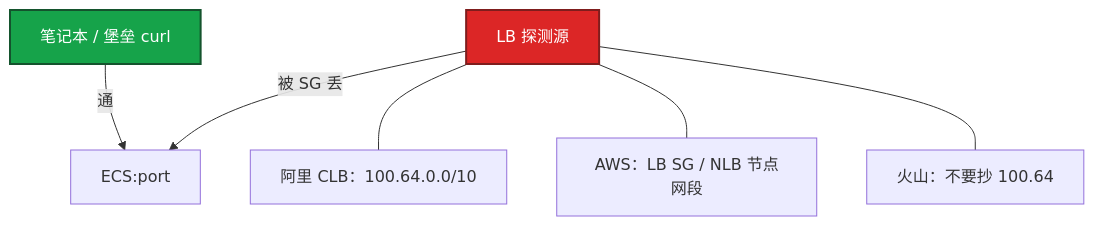
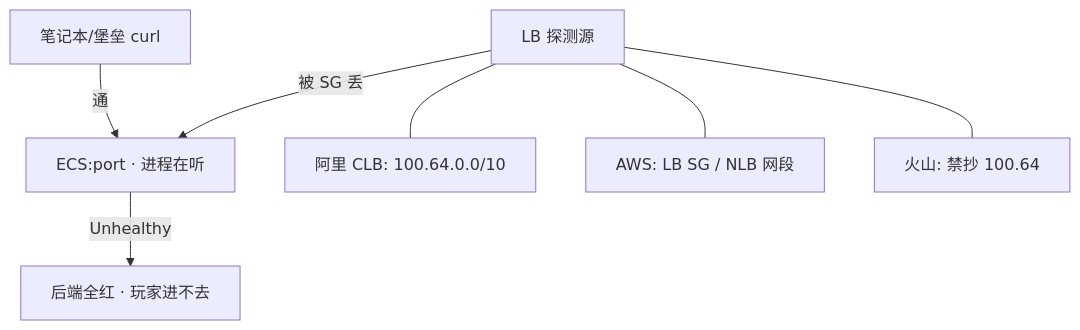
The fifth of 9 diagrams in 06-云平台/01-云网络与安全/练习题.md (ml-cuizijun/LearnToLilith), drawn with Mermaid before and after one commit. The commit also changed other lines of this file and 470 other files, not shown here.

````diff
--- a/06-云平台/01-云网络与安全/练习题.md
+++ b/06-云平台/01-云网络与安全/练习题.md
@@ -214,12 +191,9 @@
 ```mermaid
 flowchart TB
-    you[笔记本 / 堡垒 curl] -->|通| ecs[ECS:port]
-    lb[LB 探测源] -->|被 SG 丢| ecs
-    lb --- ali["阿里 CLB：100.64.0.0/10"]
-    lb --- aws["AWS：LB SG / NLB 节点网段"]
-    lb --- vol["火山：不要抄 100.64"]
-    classDef ok fill:#16A34A,stroke:#14532D,stroke-width:2px,color:#fff
-    classDef bad fill:#DC2626,stroke:#7F1D1D,stroke-width:2px,color:#fff
-    class you ok
-    class lb bad
+    YOU["笔记本/堡垒 curl"] -->|通| ECS["ECS:port · 进程在听"]
+    LB["LB 探测源"] -->|被 SG 丢| ECS
+    LB --- A["阿里 CLB: 100.64.0.0/10"]
+    LB --- B["AWS: LB SG / NLB 网段"]
+    LB --- C["火山: 禁抄 100.64"]
+    ECS -->|Unhealthy| RED["后端全红 · 玩家进不去"]
 ```
````
